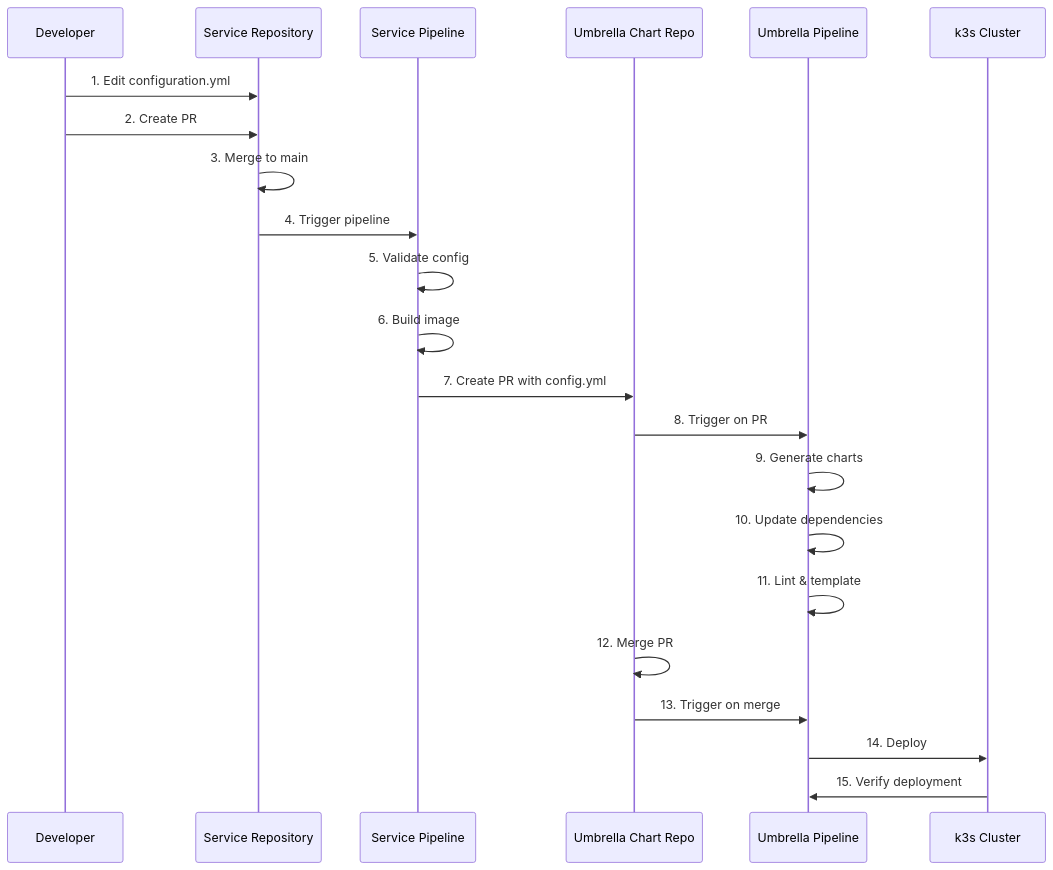
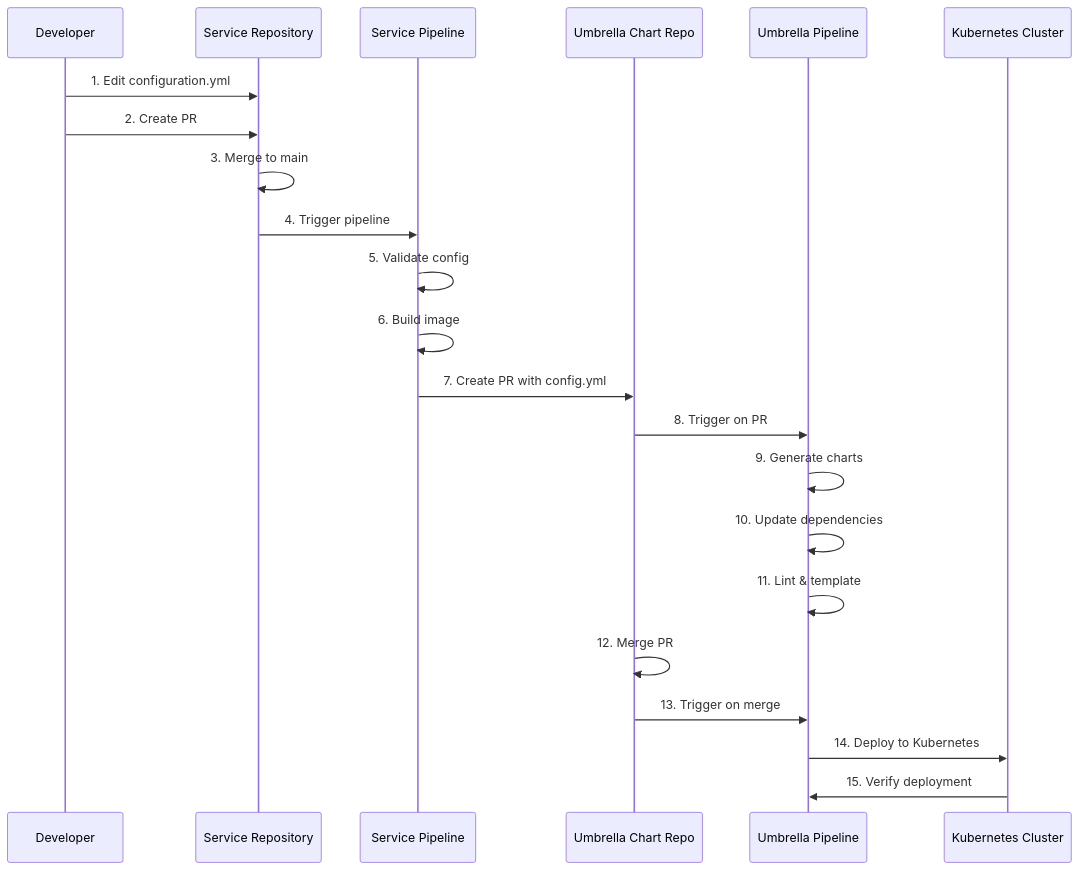
Before and after one commit to caretak3r/helm-factory: the fourth of 11 diagrams in ADR.md, drawn with Mermaid. The commit also changed other lines of this file and 1 other file, not shown here.

````diff
--- a/ADR.md
+++ b/ADR.md
@@ -373,28 +379,28 @@
 ```mermaid
 sequenceDiagram
     participant Dev as Developer
     participant ServiceRepo as Service Repository
     participant ServicePipeline as Service Pipeline
     participant UmbrellaRepo as Umbrella Chart Repo
     participant UmbrellaPipeline as Umbrella Pipeline
-    participant k3s as k3s Cluster
+    participant K8S as Kubernetes Cluster
     
     Dev->>ServiceRepo: 1. Edit configuration.yml
     Dev->>ServiceRepo: 2. Create PR
     ServiceRepo->>ServiceRepo: 3. Merge to main
     
     ServiceRepo->>ServicePipeline: 4. Trigger pipeline
     ServicePipeline->>ServicePipeline: 5. Validate config
     ServicePipeline->>ServicePipeline: 6. Build image
     ServicePipeline->>UmbrellaRepo: 7. Create PR with config.yml
     
     UmbrellaRepo->>UmbrellaPipeline: 8. Trigger on PR
     UmbrellaPipeline->>UmbrellaPipeline: 9. Generate charts
     UmbrellaPipeline->>UmbrellaPipeline: 10. Update dependencies
     UmbrellaPipeline->>UmbrellaPipeline: 11. Lint & template
     
     UmbrellaRepo->>UmbrellaRepo: 12. Merge PR
     UmbrellaRepo->>UmbrellaPipeline: 13. Trigger on merge
-    UmbrellaPipeline->>k3s: 14. Deploy
-    k3s->>UmbrellaPipeline: 15. Verify deployment
+    UmbrellaPipeline->>K8S: 14. Deploy to Kubernetes
+    K8S->>UmbrellaPipeline: 15. Verify deployment
 ```
````
